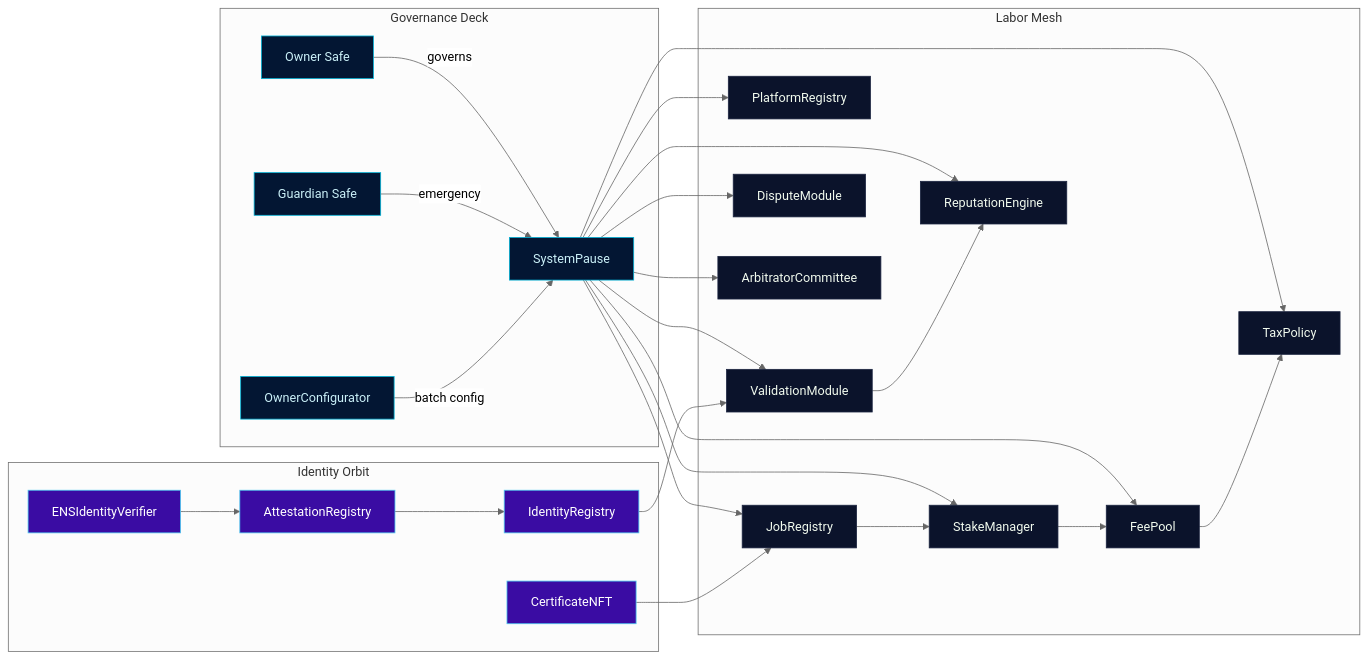
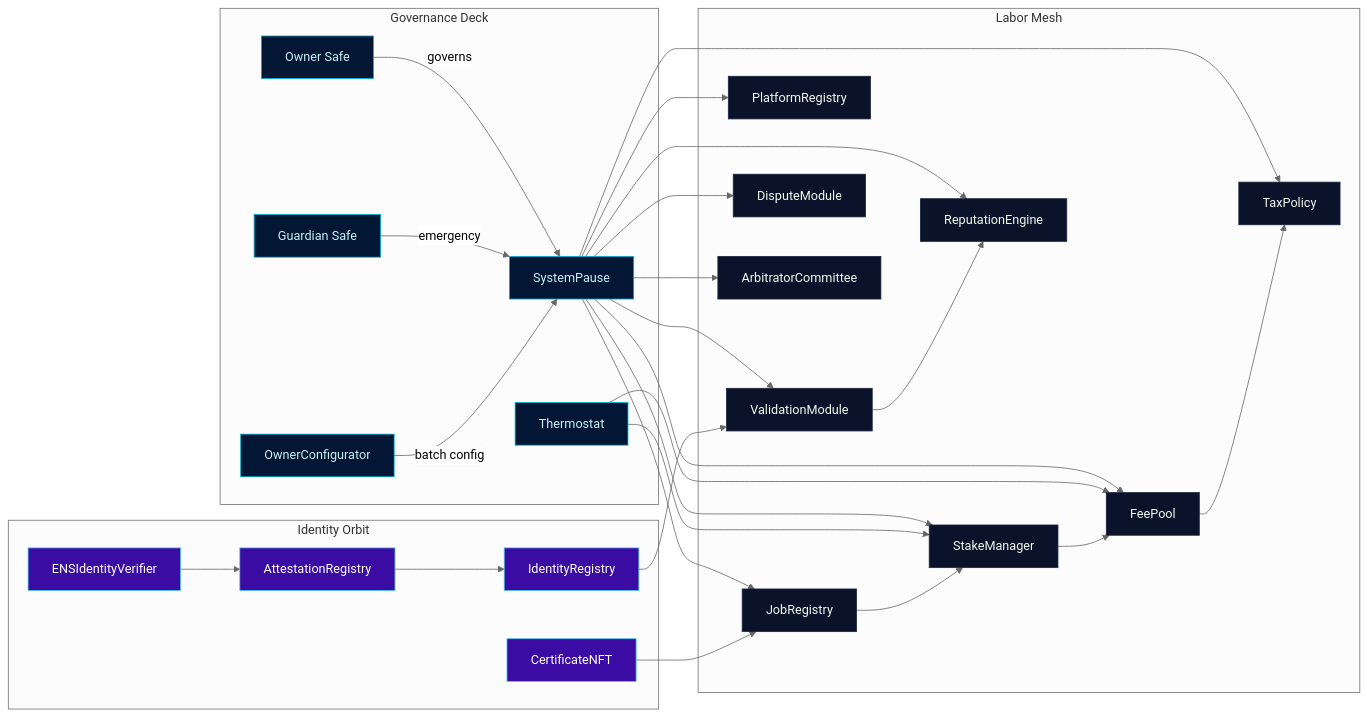
The first of 5 diagrams in docs/README.md (MontrealAI/agijobs-sovereign-labor-v0p1), drawn with Mermaid (neutral theme) before and after one commit. The commit also changed other lines of this file, not shown here.

````diff
--- a/docs/README.md
+++ b/docs/README.md
@@ -50,44 +52,47 @@
 ```mermaid
 graph LR
-    subgraph Governance[Governance Deck]
+    subgraph GovernanceDeck[Governance Deck]
         owner[Owner Safe]
         guardian[Guardian Safe]
         configurator[OwnerConfigurator]
         pause[SystemPause]
+        thermo[Thermostat]
     end
     subgraph LaborMesh[Labor Mesh]
         job[JobRegistry]
         stake[StakeManager]
         platform[PlatformRegistry]
         validate[ValidationModule]
         dispute[DisputeModule]
         fee[FeePool]
         rep[ReputationEngine]
         arb[ArbitratorCommittee]
         tax[TaxPolicy]
     end
-    subgraph Identity[Identity Orbit]
+    subgraph IdentityOrbit[Identity Orbit]
         id[IdentityRegistry]
         attest[AttestationRegistry]
         cert[CertificateNFT]
         ens[ENSIdentityVerifier]
     end
     owner -->|governs| pause
     guardian -->|emergency| pause
     configurator -->|batch config| pause
     pause --> job & stake & platform & validate & dispute & fee & rep & arb & tax
+    thermo --> fee
+    thermo --> stake
     validate --> rep
     job --> stake
     stake --> fee
     fee --> tax
     id --> validate
     attest --> id
     ens --> attest
     cert --> job
-    classDef Governance fill:#031633,stroke:#00b4d8,color:#caf0f8;
+    classDef GovernanceDeck fill:#031633,stroke:#00b4d8,color:#caf0f8;
     classDef LaborMesh fill:#0b132b,stroke:#1c2541,color:#f1faee;
-    classDef Identity fill:#3a0ca3,stroke:#4cc9f0,color:#fff;
-    class owner,guardian,configurator,pause Governance;
+    classDef IdentityOrbit fill:#3a0ca3,stroke:#4cc9f0,color:#fff;
+    class owner,guardian,configurator,pause,thermo GovernanceDeck;
     class job,stake,platform,validate,dispute,fee,rep,arb,tax LaborMesh;
-    class id,attest,cert,ens Identity;
+    class id,attest,cert,ens IdentityOrbit;
 ```
````
